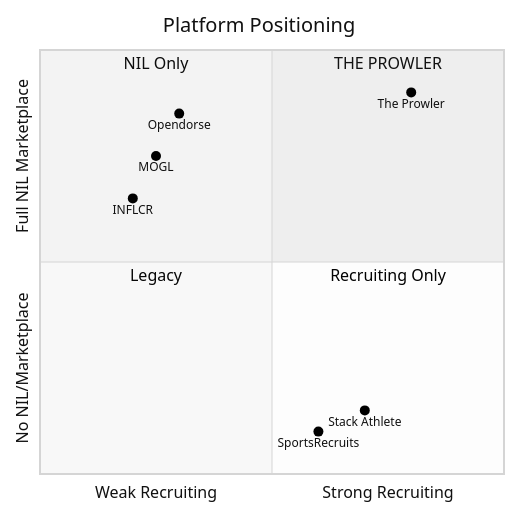
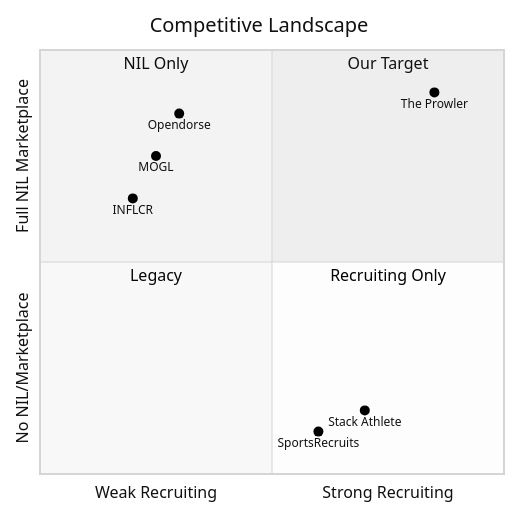
One commit to huttonbenj/The-Prowler changed the second of 18 diagrams in STRATEGY.md. Above: the diagram before and after it, drawn with Mermaid (neutral theme). The commit also changed other lines of this file, not shown here.

Commit message:
Complete strategy rebuild: verified pricing, itemized hours, architecture diagrams

````diff
--- a/STRATEGY.md
+++ b/STRATEGY.md
@@ -44,16 +44,16 @@
 ```mermaid
 quadrantChart
-    title Platform Positioning
+    title Competitive Landscape
     x-axis "Weak Recruiting" --> "Strong Recruiting"
     y-axis "No NIL/Marketplace" --> "Full NIL Marketplace"
-    quadrant-1 "THE PROWLER"
+    quadrant-1 "Our Target"
     quadrant-2 "NIL Only"
     quadrant-3 "Legacy"
     quadrant-4 "Recruiting Only"
     Opendorse: [0.3, 0.85]
     MOGL: [0.25, 0.75]
     INFLCR: [0.2, 0.65]
     Stack Athlete: [0.7, 0.15]
     SportsRecruits: [0.6, 0.1]
-    The Prowler: [0.8, 0.9]
+    The Prowler: [0.85, 0.9]
 ```
````
